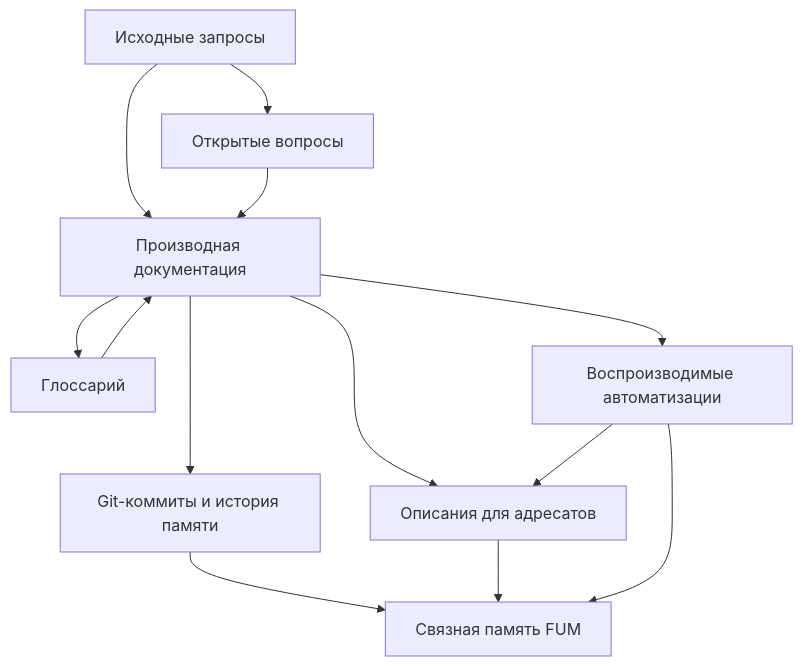
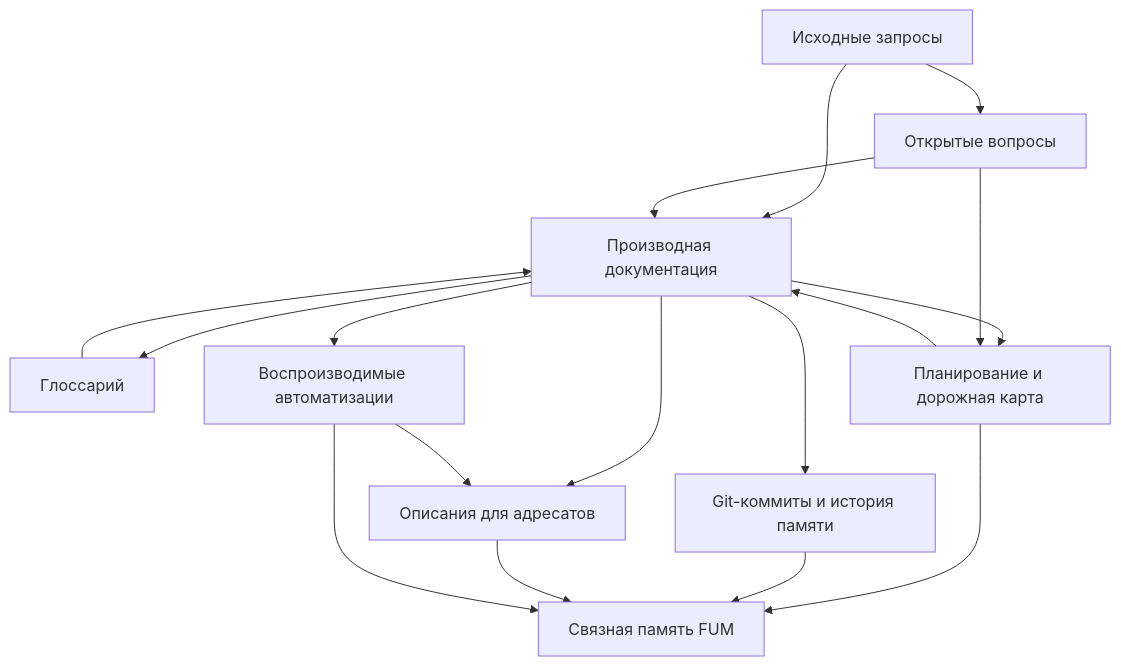
One commit to fum-lab/fum changed the diagram in Документация/00-обзор-проекта.md. Above: the diagram before and after it, drawn with Mermaid. The commit also changed other lines of this file and 6 other files, not shown here.

````diff
--- a/Документация/00-обзор-проекта.md
+++ b/Документация/00-обзор-проекта.md
@@ -95,15 +98,19 @@
 ```mermaid
 flowchart TD
     req["Исходные запросы"] --> docs["Производная документация"]
     req --> questions["Открытые вопросы"]
     docs --> glossary["Глоссарий"]
     docs --> descriptions["Описания для адресатов"]
     docs --> automations["Воспроизводимые автоматизации"]
+    docs --> planning["Планирование и дорожная карта"]
+    questions --> planning
+    planning --> docs
     automations --> descriptions
     questions --> docs
     glossary --> docs
     docs --> commits["Git-коммиты и история памяти"]
+    planning --> memory
     commits --> memory["Связная память FUM"]
     descriptions --> memory
     automations --> memory
 ```
````
